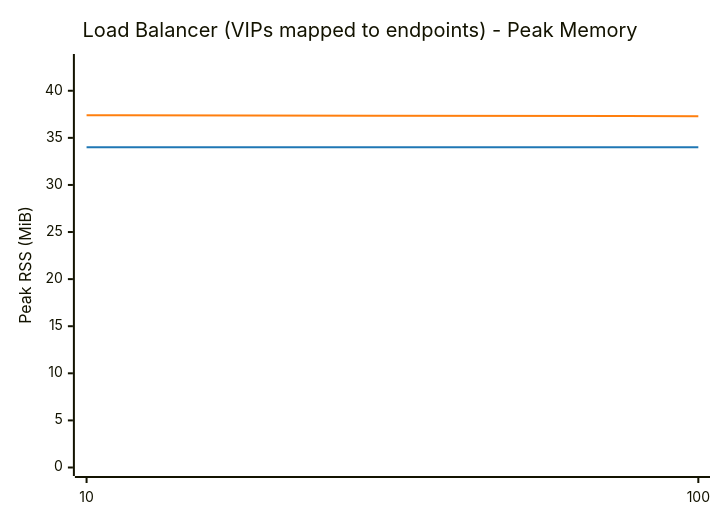
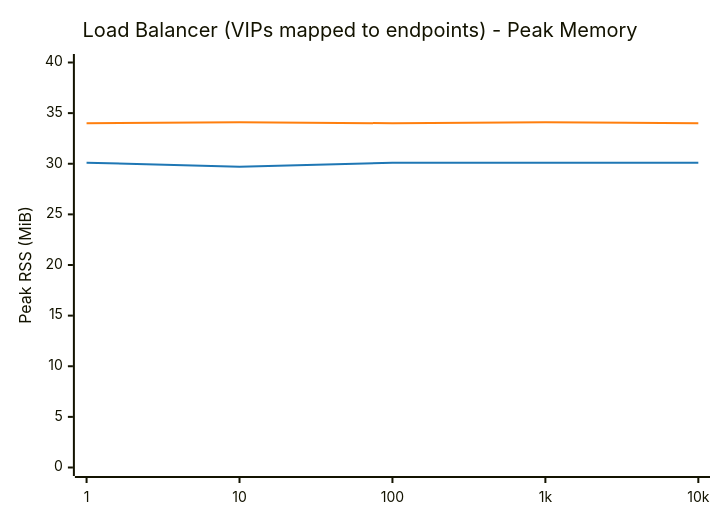
One commit to LionelJouin/ovs-ovn-bench changed the tenth of 14 diagrams in results/BENCHMARK_REPORT.md. Above: the diagram before and after it, drawn with Mermaid. The commit also changed other lines of this file and 4 other files, not shown here.

````diff
--- a/results/BENCHMARK_REPORT.md
+++ b/results/BENCHMARK_REPORT.md
@@ -224,14 +625,14 @@
 ```mermaid
 ---
 config:
     themeVariables:
         xyChart:
             plotColorPalette: "#1f77b4, #ff7f0e"
 ---
 xychart-beta
     title "Load Balancer (VIPs mapped to endpoints) - Peak Memory"
-    x-axis ["10", "100"]
-    y-axis "Peak RSS (MiB)" 0 --> 43
-    line "glibc malloc" [34.0, 34.0]
-    line "jemalloc" [37.4, 37.3]
+    x-axis ["1", "10", "100", "1k", "10k"]
+    y-axis "Peak RSS (MiB)" 0 --> 40
+    line "glibc malloc" [30.1, 29.7, 30.1, 30.1, 30.1]
+    line "jemalloc" [34.0, 34.1, 34.0, 34.1, 34.0]
 ```
````
